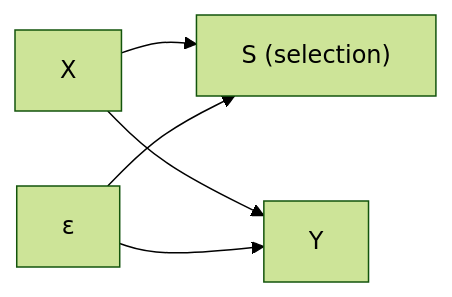
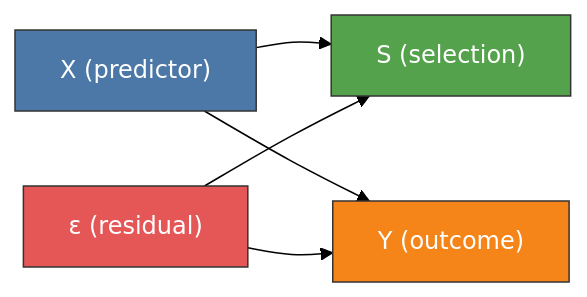
The second of 4 diagrams in scripts/Simulation_study.qmd (bastienchassagnol/convenience-sampling-bias-simulation), drawn with Mermaid (forest theme) before and after one commit. The commit also changed other lines of this file and 5 other files, not shown here.

````diff
--- a/scripts/Simulation_study.qmd
+++ b/scripts/Simulation_study.qmd
@@ -423,9 +444,17 @@
 ```{mermaid}
 %%| label: fig-collider
 %%| fig-cap: "Collider / selection-induced endogeneity: X and ε are independent a priori; conditioning on S opens the path."
 flowchart LR
-  X["X"] --> S["S (selection)"]
-  E["ε"] --> S
-  X --> Y["Y"]
+  X["X (predictor)"] --> S["S (selection)"]
+  E["ε (residual)"] --> S
+  X --> Y["Y (outcome)"]
   E --> Y
+  classDef predictor fill:#4C78A8,color:#fff,stroke:#333
+  classDef outcome fill:#F58518,color:#fff,stroke:#333
+  classDef residual fill:#E45756,color:#fff,stroke:#333
+  classDef selection fill:#54A24B,color:#fff,stroke:#333
+  class X predictor
+  class Y outcome
+  class E residual
+  class S selection
 ```
````
